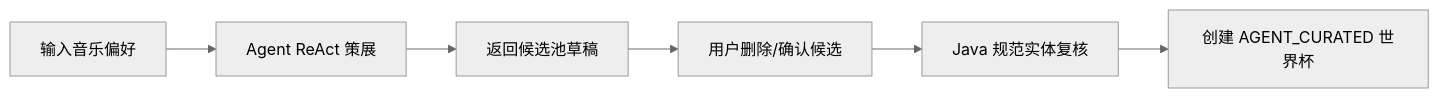
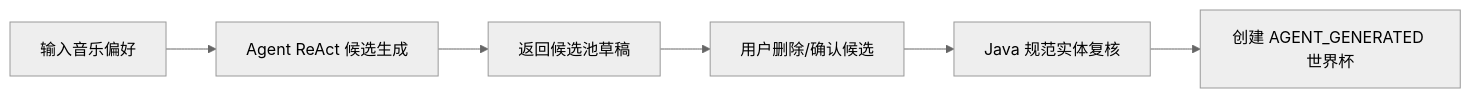
One commit to garfieldra/IndieSoundQuest changed the first of 2 diagrams in Specs/04-功能规格/歌曲世界杯/02-Agent候选池策展.md. Above: the diagram before and after it, drawn with Mermaid (neutral theme). The commit also changed other lines of this file and 131 other files, not shown here.

````diff
--- a/Specs/04-功能规格/歌曲世界杯/02-Agent候选池策展.md
+++ b/Specs/04-功能规格/歌曲世界杯/02-Agent候选池策展.md
@@ -29,8 +29,8 @@
 ```mermaid
 flowchart LR
-  A["输入音乐偏好"] --> B["Agent ReAct 策展"]
+  A["输入音乐偏好"] --> B["Agent ReAct 候选生成"]
   B --> C["返回候选池草稿"]
   C --> D["用户删除/确认候选"]
   D --> E["Java 规范实体复核"]
-  E --> F["创建 AGENT_CURATED 世界杯"]
+  E --> F["创建 AGENT_GENERATED 世界杯"]
 ```
````
